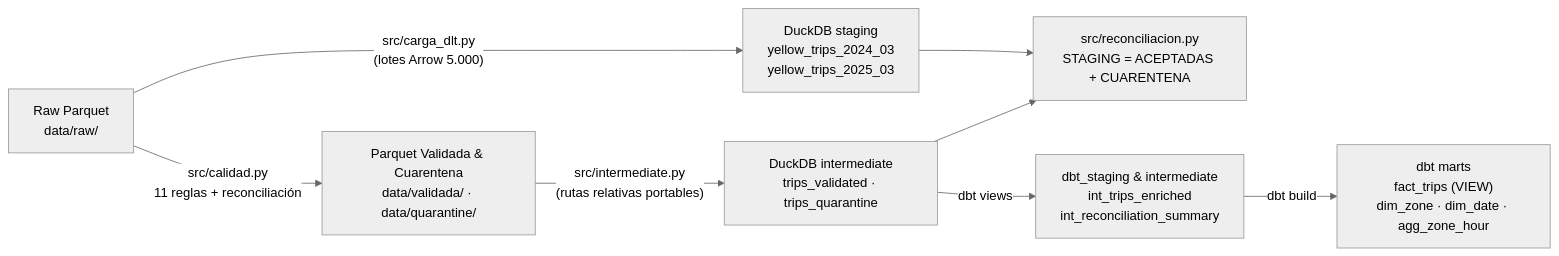
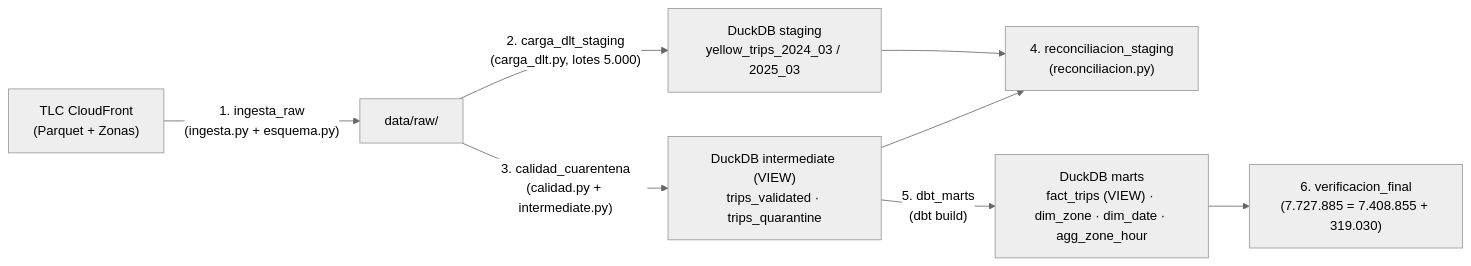
The first of 2 diagrams in README.md (nicoquinteros23/pipeline-nyc-taxi), drawn with Mermaid (neutral theme) before and after one commit. The commit also changed other lines of this file and 46 other files, not shown here.

````diff
--- a/README.md
+++ b/README.md
@@ -303,10 +11,10 @@
 ```mermaid
 flowchart LR
-  RAW["Raw Parquet\ndata/raw/"] -->|"src/carga_dlt.py\n(lotes Arrow 5.000)"| STG["DuckDB staging\nyellow_trips_2024_03\nyellow_trips_2025_03"]
-  RAW -->|"src/calidad.py\n11 reglas + reconciliación"| VAL["Parquet Validada & Cuarentena\ndata/validada/ · data/quarantine/"]
-  VAL -->|"src/intermediate.py\n(rutas relativas portables)"| INT["DuckDB intermediate\ntrips_validated · trips_quarantine"]
-  STG --> REC["src/reconciliacion.py\nSTAGING = ACEPTADAS + CUARENTENA"]
-  INT --> REC
-  INT -->|"dbt views"| DBT_INT["dbt_staging & intermediate\nint_trips_enriched\nint_reconciliation_summary"]
-  DBT_INT -->|"dbt build"| MARTS["dbt marts\nfact_trips (VIEW)\ndim_zone · dim_date · agg_zone_hour"]
+  TLC["TLC CloudFront\n(Parquet + Zonas)"] -->|"1. ingesta_raw\n(ingesta.py + esquema.py)"| RAW["data/raw/"]
+  RAW -->|"2. carga_dlt_staging\n(carga_dlt.py, lotes 5.000)"| STG["DuckDB staging\nyellow_trips_2024_03 / 2025_03"]
+  RAW -->|"3. calidad_cuarentena\n(calidad.py + intermediate.py)"| INT["DuckDB intermediate (VIEW)\ntrips_validated · trips_quarantine"]
+  STG --> REC1["4. reconciliacion_staging\n(reconciliacion.py)"]
+  INT --> REC1
+  INT -->|"5. dbt_marts\n(dbt build)"| MARTS["DuckDB marts\nfact_trips (VIEW) · dim_zone · dim_date · agg_zone_hour"]
+  MARTS --> REC2["6. verificacion_final\n(7.727.885 = 7.408.855 + 319.030)"]
 ```
````
